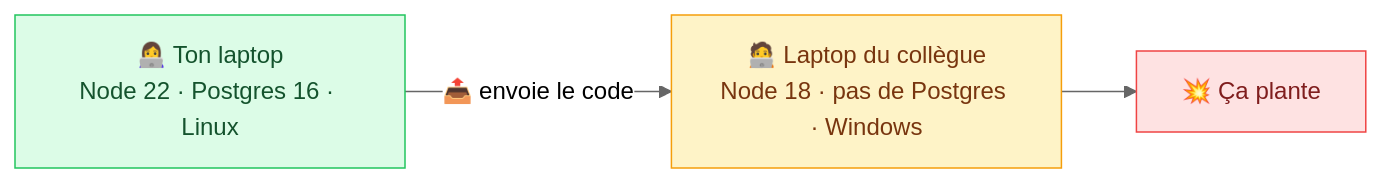
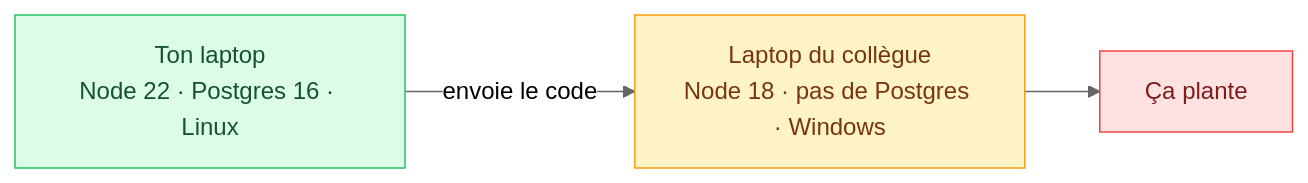
The first of 5 diagrams in methodologie-securite-it/docker/01-introduction.md (GoobyWoobies/HEIA-IT), drawn with Mermaid (neutral theme) before and after one commit. The commit also changed other lines of this file and 24 other files, not shown here.

````diff
--- a/methodologie-securite-it/docker/01-introduction.md
+++ b/methodologie-securite-it/docker/01-introduction.md
@@ -34,9 +34,9 @@
 ```mermaid
 flowchart LR
-    Toi["👩‍💻 Ton laptop<br/>Node 22 · Postgres 16 · Linux"] -->|"📤 envoie le code"| Lui["🧑‍💻 Laptop du collègue<br/>Node 18 · pas de Postgres · Windows"]
-    Lui --> KO["💥 Ça plante"]
+    Toi["Ton laptop<br/>Node 22 · Postgres 16 · Linux"] -->|"envoie le code"| Lui["Laptop du collègue<br/>Node 18 · pas de Postgres · Windows"]
+    Lui --> KO["Ça plante"]
 
     style Toi fill:#dcfce7,stroke:#22c55e,color:#14532d
     style Lui fill:#fef3c7,stroke:#f59e0b,color:#78350f
     style KO fill:#fee2e2,stroke:#ef4444,color:#7f1d1d
 ```
````
